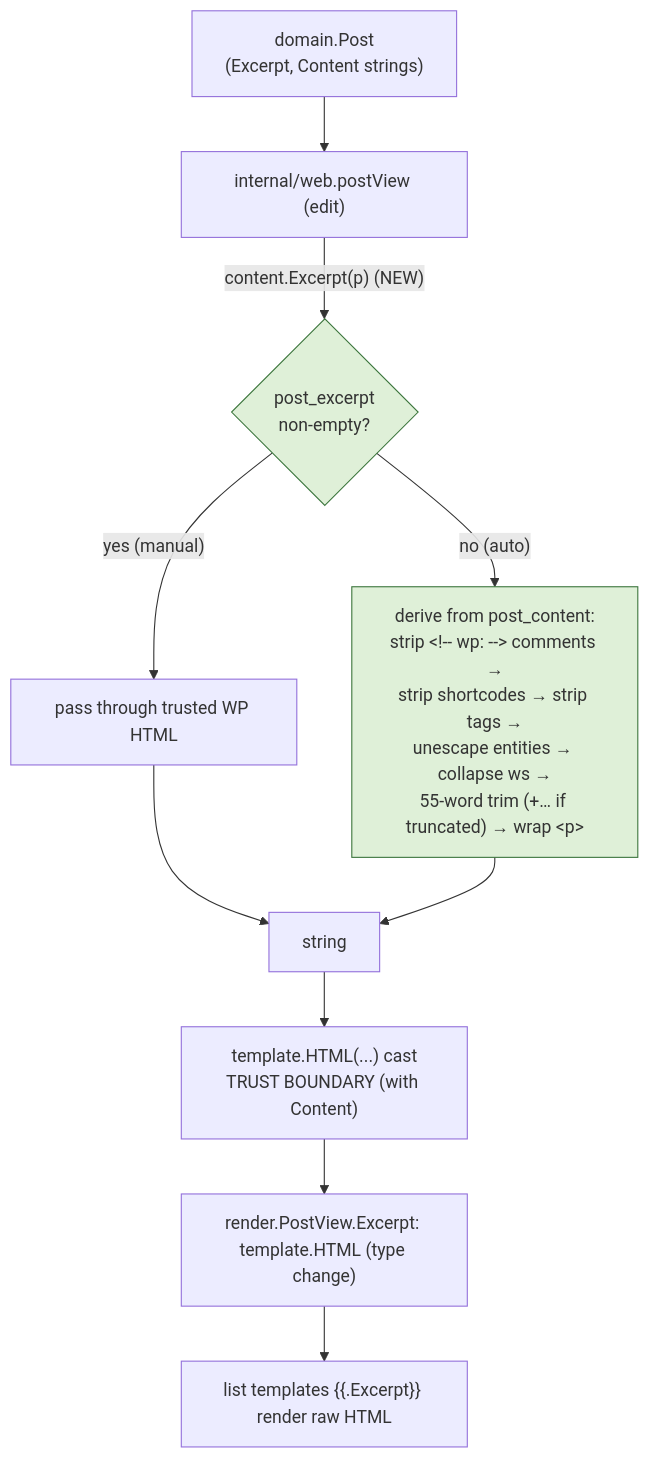
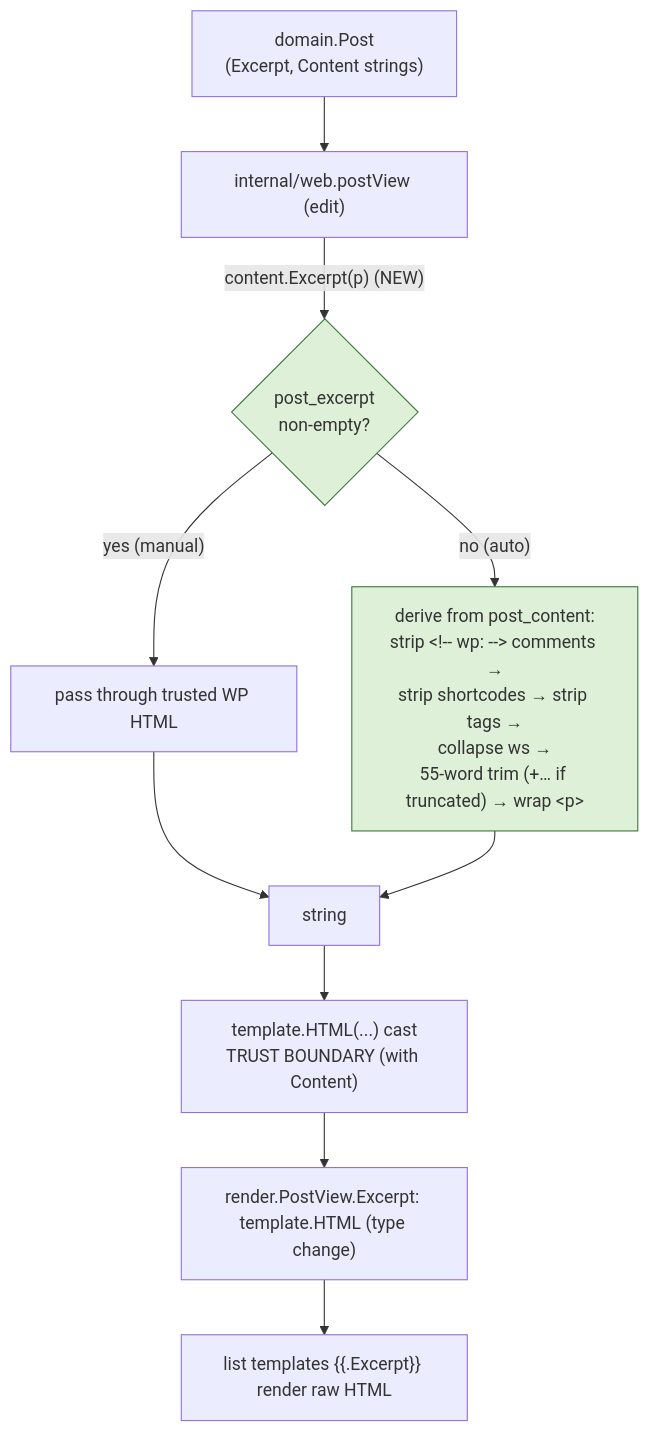
One commit to roboweaver/grimoire changed the diagram in plans/02.2-excerpt-rendering/design.md. Above: the diagram before and after it, drawn with Mermaid. The commit also changed other lines of this file and 4 other files, not shown here.

````diff
--- a/plans/02.2-excerpt-rendering/design.md
+++ b/plans/02.2-excerpt-rendering/design.md
@@ -13,15 +13,15 @@
 ```mermaid
 flowchart TD
     P["domain.Post<br/>(Excerpt, Content strings)"] --> V["internal/web.postView (edit)"]
     V -->|"content.Excerpt(p) (NEW)"| D{"post_excerpt<br/>non-empty?"}
     D -- "yes (manual)" --> M["pass through trusted WP HTML"]
-    D -- "no (auto)" --> A["derive from post_content:<br/>strip &lt;!-- wp: --&gt; comments →<br/>strip shortcodes → strip tags →<br/>unescape entities → collapse ws →<br/>55-word trim (+… if truncated) → wrap &lt;p&gt;"]
+    D -- "no (auto)" --> A["derive from post_content:<br/>strip &lt;!-- wp: --&gt; comments →<br/>strip shortcodes → strip tags →<br/>collapse ws →<br/>55-word trim (+… if truncated) → wrap &lt;p&gt;"]
     M --> S["string"]
     A --> S
     S --> C["template.HTML(...) cast<br/>TRUST BOUNDARY (with Content)"]
     C --> PV["render.PostView.Excerpt: template.HTML (type change)"]
     PV --> T["list templates {{.Excerpt}} render raw HTML"]
 
     classDef new fill:#dff0d8,stroke:#3c763d;
     class A,D new;
 ```
````
